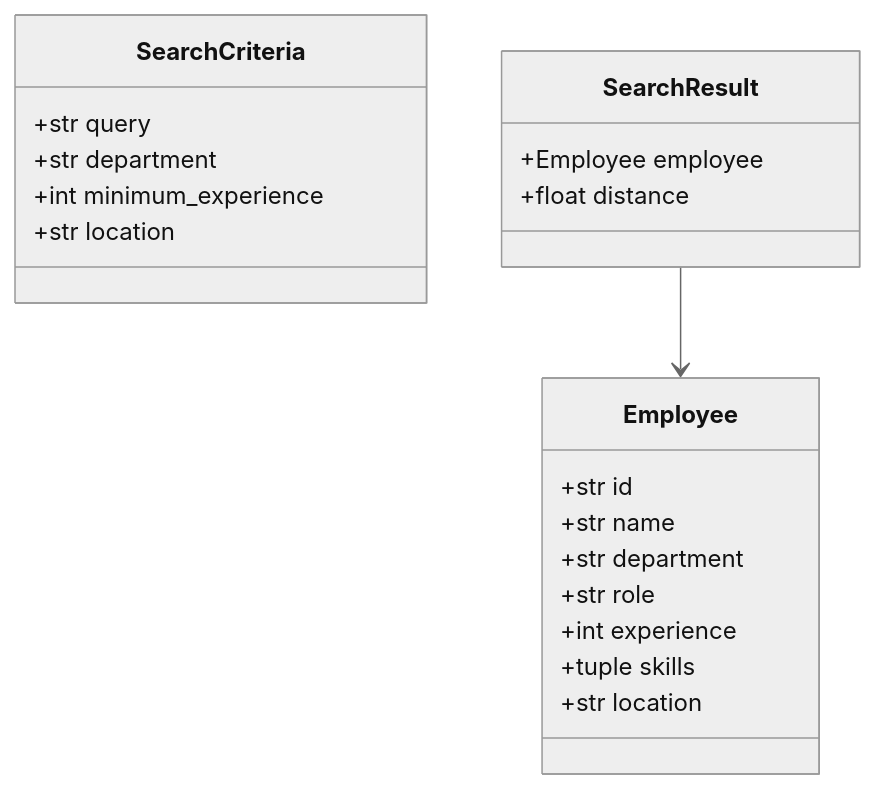
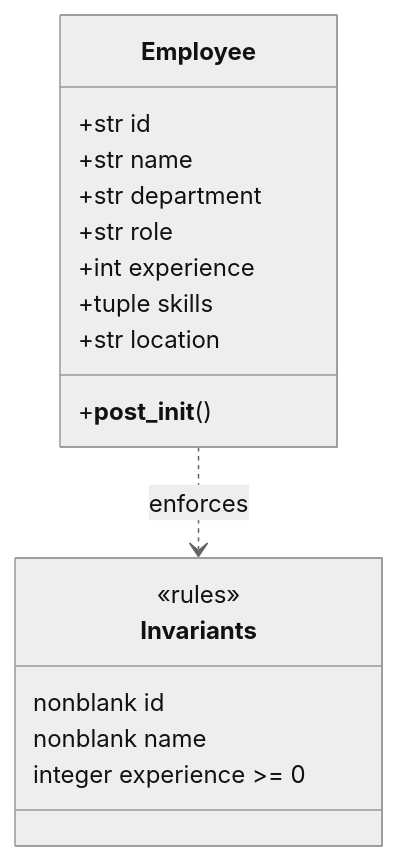
Before and after one commit to Thommans-Playground/coursera-IBM-RAG-Agentic-AI-Professional-Certificate: the fifth of 12 diagrams in course3/instructions.md, drawn with Mermaid (neutral theme). The commit also changed other lines of this file, not shown here.

````diff
--- a/course3/instructions.md
+++ b/course3/instructions.md
@@ -196,26 +237,20 @@
 ```mermaid
 classDiagram
     class Employee {
-        +str id
-        +str name
-        +str department
-        +str role
-        +int experience
-        +tuple skills
-        +str location
+      +str id
+      +str name
+      +str department
+      +str role
+      +int experience
+      +tuple skills
+      +str location
+      +__post_init__()
     }
-
-    class SearchCriteria {
-        +str query
-        +str department
-        +int minimum_experience
-        +str location
+    class Invariants {
+      <<rules>>
+      nonblank id
+      nonblank name
+      integer experience >= 0
     }
-
-    class SearchResult {
-        +Employee employee
-        +float distance
-    }
-
-    SearchResult --> Employee
+    Employee ..> Invariants : enforces
 ```
````
